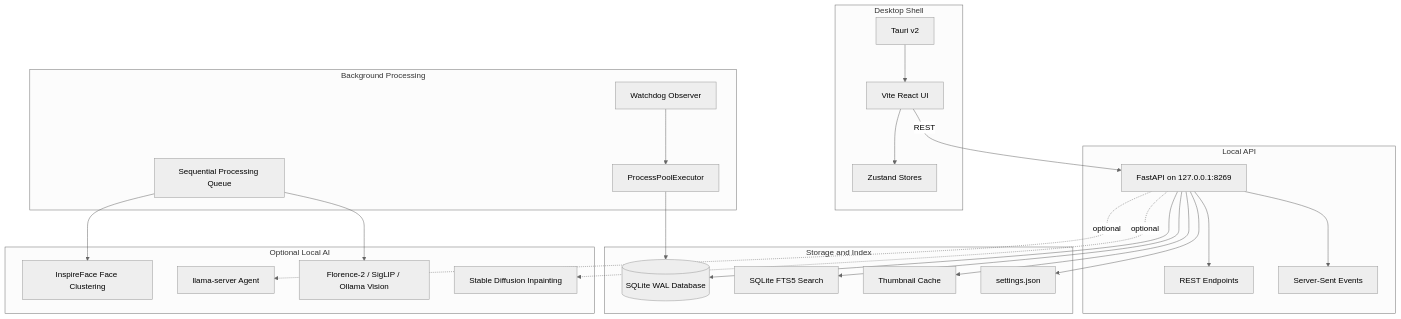
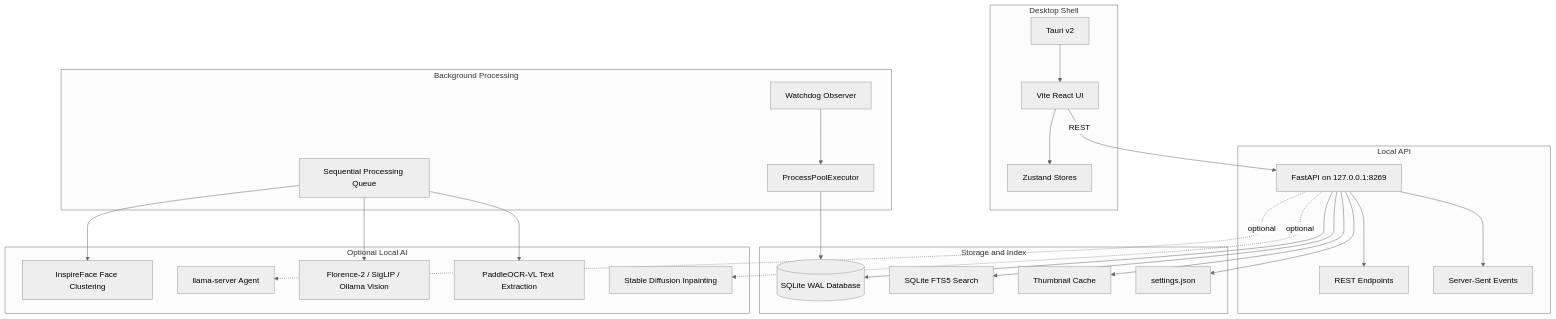
One commit to VardhmanSurana/Prism changed the diagram in README.md. Above: the diagram before and after it, drawn with Mermaid (neutral theme). The commit also changed other lines of this file and 99 other files, not shown here.

````diff
--- a/README.md
+++ b/README.md
@@ -108,50 +110,52 @@
 ```mermaid
 graph TD
     subgraph Desktop Shell
         Tauri[Tauri v2]
         React[Vite React UI]
         Zustand[Zustand Stores]
     end
 
     subgraph Local API
         FastAPI[FastAPI on 127.0.0.1:8269]
         REST[REST Endpoints]
         SSE[Server-Sent Events]
     end
 
     subgraph Background Processing
         Watchdog[Watchdog Observer]
         Queue[Sequential Processing Queue]
         Pool[ProcessPoolExecutor]
     end
 
     subgraph Storage and Index
         SQLite[(SQLite WAL Database)]
         FTS5[SQLite FTS5 Search]
         Thumbs[Thumbnail Cache]
         Settings[settings.json]
     end
 
     subgraph Optional Local AI
         Face[InspireFace Face Clustering]
         Agent[llama-server Agent]
         Vision[Florence-2 / SigLIP / Ollama Vision]
+        OCR[PaddleOCR-VL Text Extraction]
         Inpaint[Stable Diffusion Inpainting]
     end
 
     Tauri --> React
     React --> Zustand
     React -->|REST| FastAPI
     FastAPI --> REST
     FastAPI --> SSE
     Watchdog --> Pool
     Pool --> SQLite
     Queue --> Face
     Queue --> Vision
+    Queue --> OCR
     FastAPI --> SQLite
     FastAPI --> FTS5
     FastAPI --> Thumbs
     FastAPI --> Settings
     FastAPI -. optional .-> Agent
     FastAPI -. optional .-> Inpaint
 ```
````
